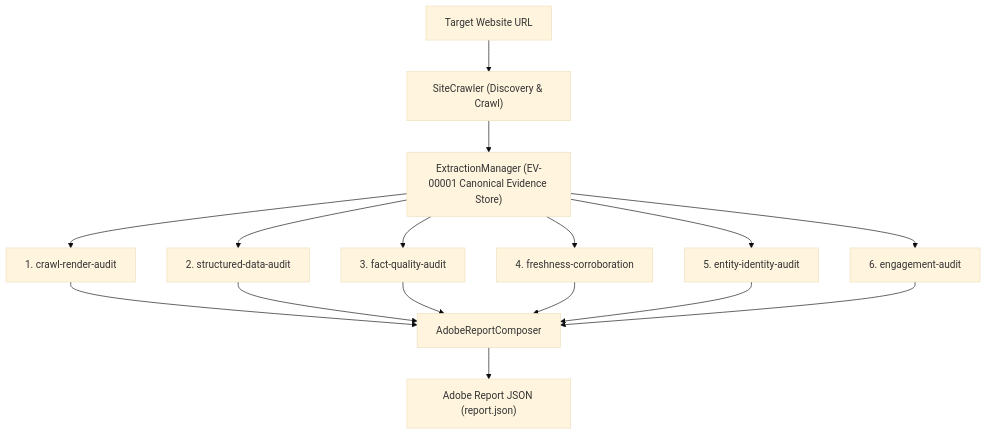
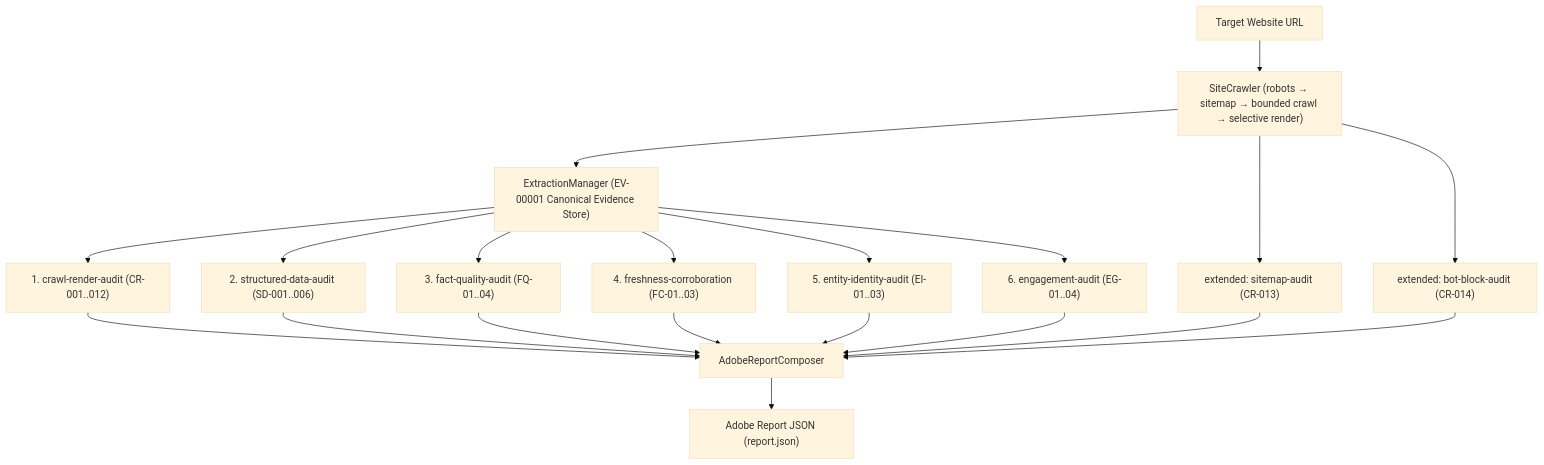
One commit to shivam99392677/brand-ai-readiness-audit changed the diagram in README.md. Above: the diagram before and after it, drawn with Mermaid (base theme). The commit also changed other lines of this file and 21 other files, not shown here.

Commit message:
mermaid description added for each dir

````diff
--- a/README.md
+++ b/README.md
@@ -48,13 +48,15 @@
 ```mermaid
 flowchart TD
-    A["Target Website URL"] --> B["SiteCrawler (Discovery & Crawl)"]
+    A["Target Website URL"] --> B["SiteCrawler (robots → sitemap → bounded crawl → selective render)"]
     B --> C["ExtractionManager (EV-00001 Canonical Evidence Store)"]
-    C --> D1["1. crawl-render-audit"]
-    C --> D2["2. structured-data-audit"]
-    C --> D3["3. fact-quality-audit"]
-    C --> D4["4. freshness-corroboration"]
-    C --> D5["5. entity-identity-audit"]
-    C --> D6["6. engagement-audit"]
-    D1 & D2 & D3 & D4 & D5 & D6 --> E["AdobeReportComposer"]
+    C --> D1["1. crawl-render-audit (CR-001..012)"]
+    C --> D2["2. structured-data-audit (SD-001..006)"]
+    C --> D3["3. fact-quality-audit (FQ-01..04)"]
+    C --> D4["4. freshness-corroboration (FC-01..03)"]
+    C --> D5["5. entity-identity-audit (EI-01..03)"]
+    C --> D6["6. engagement-audit (EG-01..04)"]
+    B --> R1["extended: sitemap-audit (CR-013)"]
+    B --> R2["extended: bot-block-audit (CR-014)"]
+    D1 & D2 & D3 & D4 & D5 & D6 & R1 & R2 --> E["AdobeReportComposer"]
     E --> F["Adobe Report JSON (report.json)"]
 ```
````
